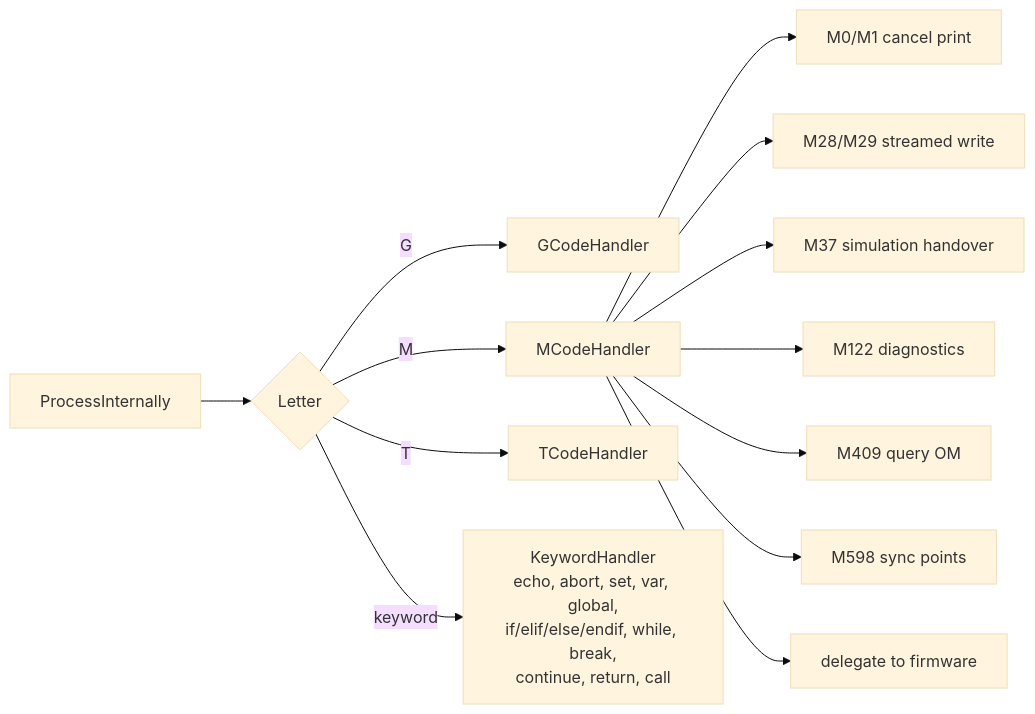
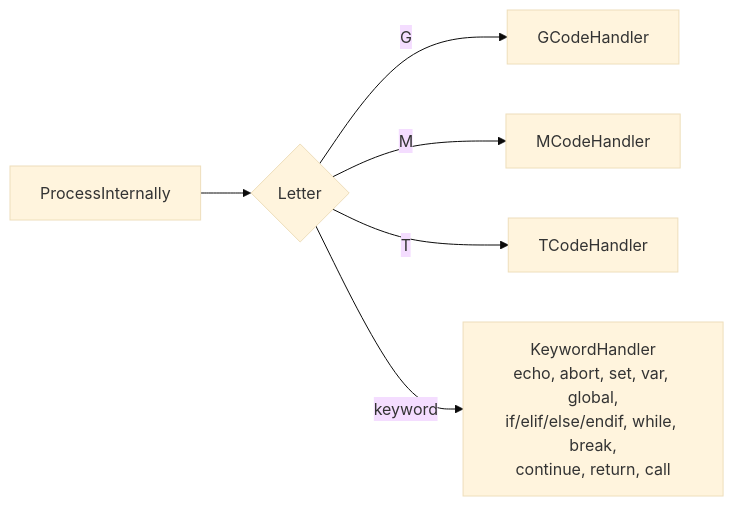
Before and after one commit to Duet3D/DuetSoftwareFramework: the third of 5 diagrams in docs/devel/CODE_PIPELINE.md, drawn with Mermaid (base theme). The commit also changed other lines of this file and 14 other files, not shown here.

Commit message:
docs: add more full architecture docs

````diff
--- a/docs/devel/CODE_PIPELINE.md
+++ b/docs/devel/CODE_PIPELINE.md
@@ -59,15 +59,8 @@
 ```mermaid
 flowchart LR
     Internal[ProcessInternally] --> Letter{Letter}
     Letter -- G --> GCh[GCodeHandler]
     Letter -- M --> MCh[MCodeHandler]
     Letter -- T --> TCh[TCodeHandler]
     Letter -- keyword --> KCh[KeywordHandler<br/>echo, abort, set, var, global,<br/>if/elif/else/endif, while, break,<br/>continue, return, call]
-    MCh --> M0[M0/M1 cancel print]
-    MCh --> M28[M28/M29 streamed write]
-    MCh --> M37[M37 simulation handover]
-    MCh --> M122[M122 diagnostics]
-    MCh --> M409[M409 query OM]
-    MCh --> M598[M598 sync points]
-    MCh --> Other[delegate to firmware]
 ```
````
